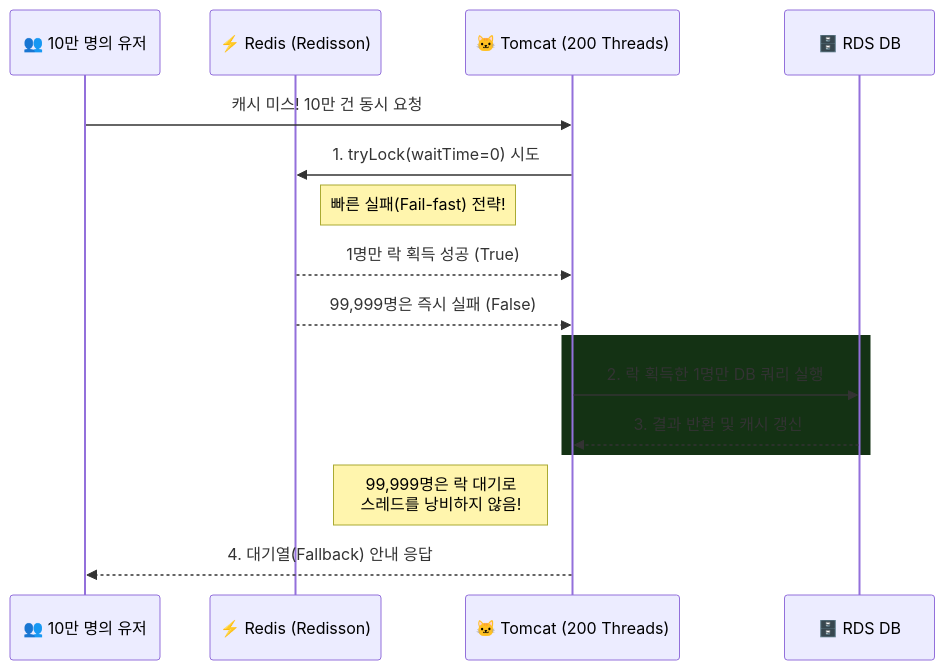
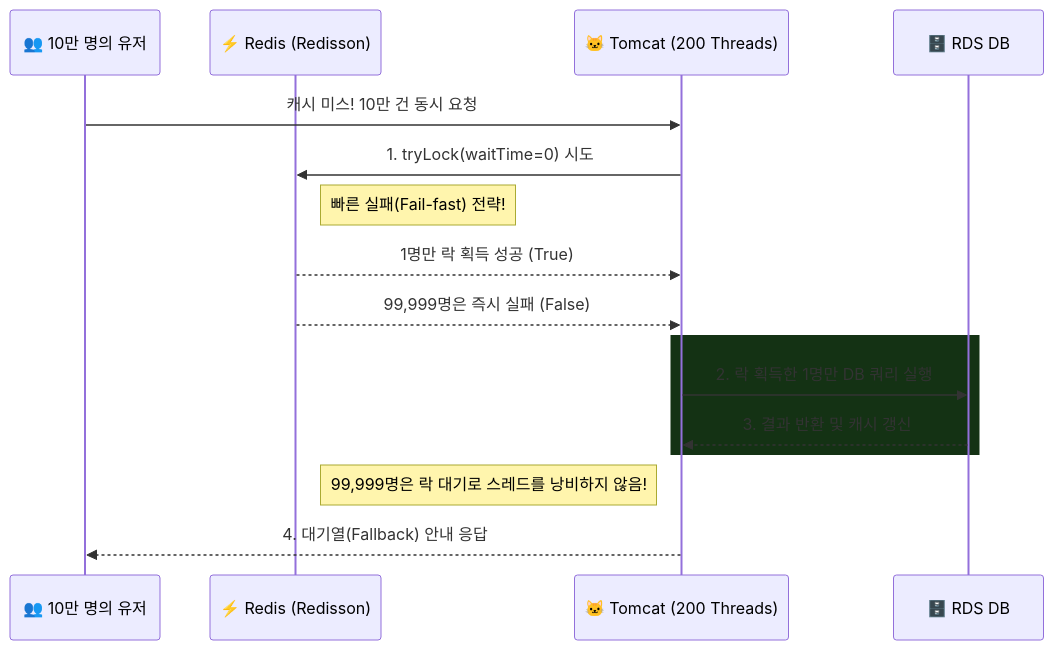
One commit to duwnstj/duwnstj.github.io changed the diagram in _posts/2026-09-07-fargate-spot-redis-cache-stampede.md. Above: the diagram before and after it, drawn with Mermaid. The commit also changed 3 other files, not shown here.

Commit message:
블로그 다이어그램 깨지는 문제 해결 (Mermaid 문법 수정)

````diff
--- a/_posts/2026-09-07-fargate-spot-redis-cache-stampede.md
+++ b/_posts/2026-09-07-fargate-spot-redis-cache-stampede.md
@@ -22,21 +22,21 @@
 ```mermaid
 sequenceDiagram
     participant User as 👥 10만 명의 유저
     participant Redis as ⚡ Redis (Redisson)
     participant Tomcat as 🐱 Tomcat (200 Threads)
     participant DB as 🗄️ RDS DB
     
     User->>Tomcat: 캐시 미스! 10만 건 동시 요청
     Tomcat->>Redis: 1. tryLock(waitTime=0) 시도
     Note right of Redis: 빠른 실패(Fail-fast) 전략!
     Redis-->>Tomcat: 1명만 락 획득 성공 (True)
     Redis-->>Tomcat: 99,999명은 즉시 실패 (False)
     
     rect rgb(20, 50, 20)
         Tomcat->>DB: 2. 락 획득한 1명만 DB 쿼리 실행
         DB-->>Tomcat: 3. 결과 반환 및 캐시 갱신
     end
     
-    Note left of Tomcat: 99,999명은 락 대기로<br/>스레드를 낭비하지 않음!
+    Note left of Tomcat: 99,999명은 락 대기로 스레드를 낭비하지 않음!
     Tomcat-->>User: 4. 대기열(Fallback) 안내 응답
 ```
````
